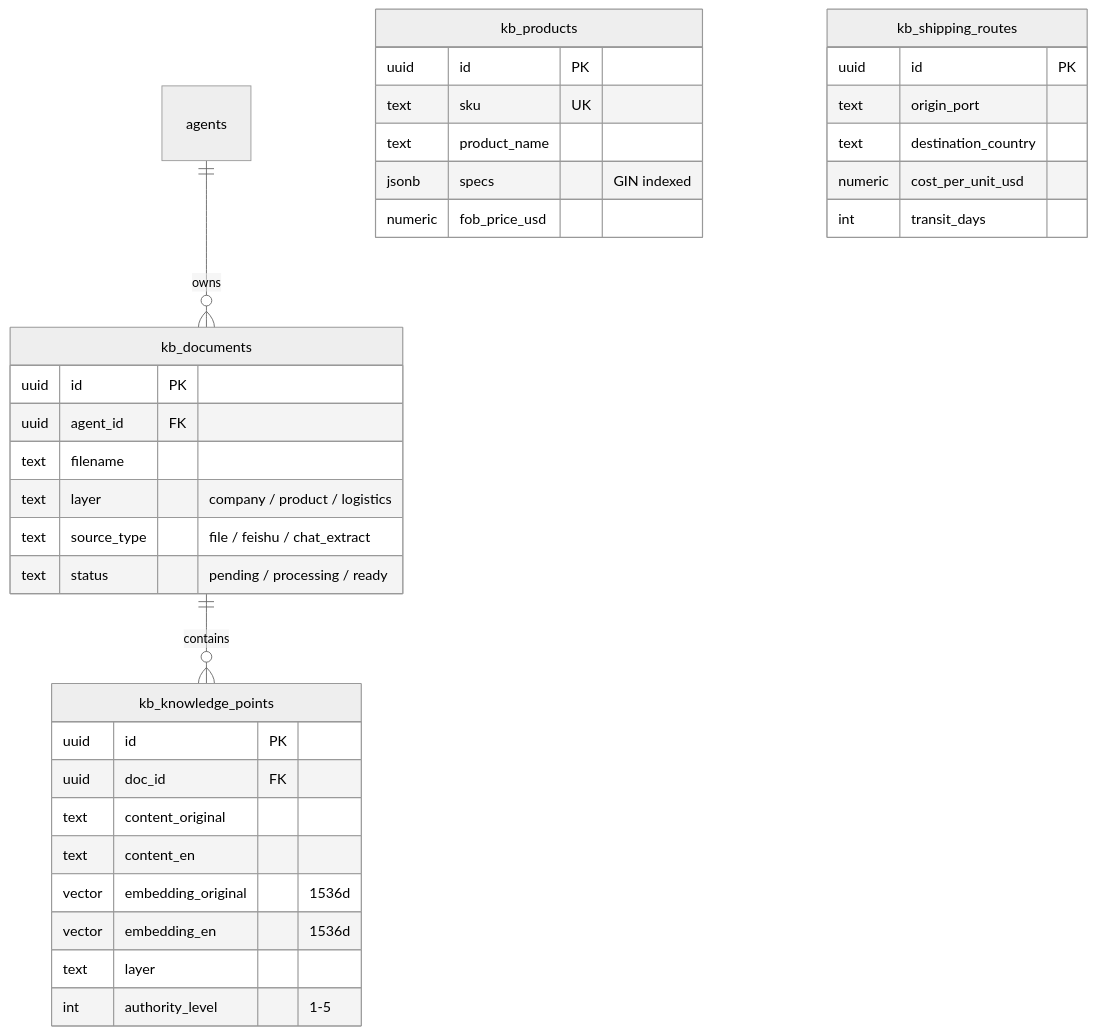
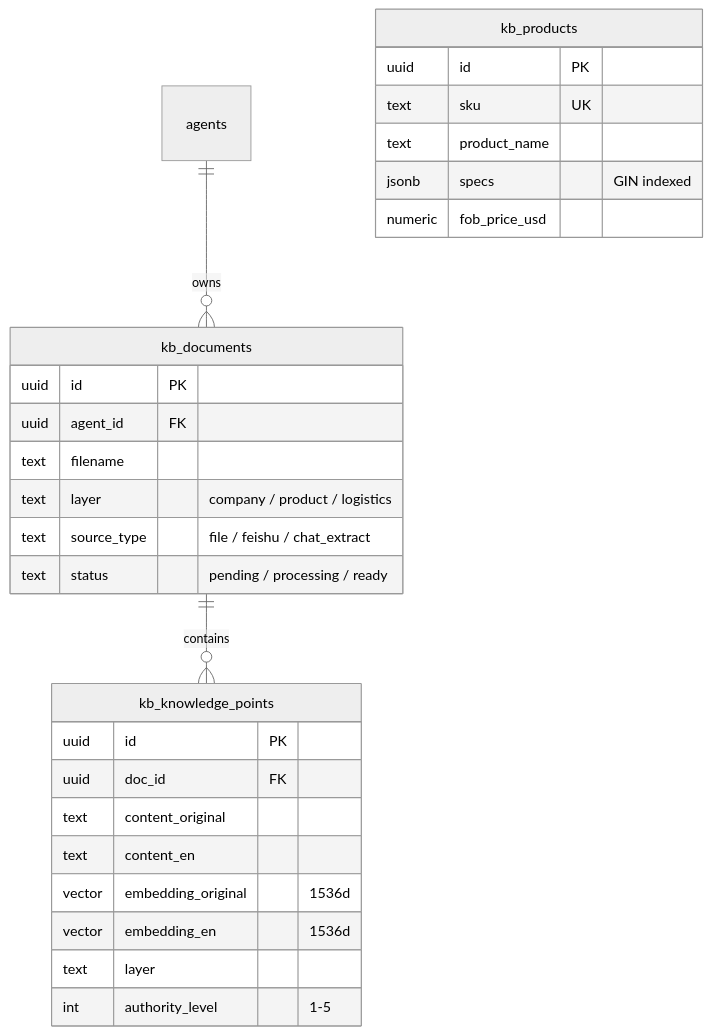
Before and after one commit to Sciiaok/xuqiu-bot: the seventh of 12 diagrams in README.md, drawn with Mermaid (neutral theme). The commit also changed other lines of this file and 172 other files, not shown here.

````diff
--- a/README.md
+++ b/README.md
@@ -447,41 +492,33 @@
 ```mermaid
 erDiagram
     kb_documents ||--o{ kb_knowledge_points : contains
     agents ||--o{ kb_documents : owns
 
     kb_documents {
         uuid id PK
         uuid agent_id FK
         text filename
         text layer "company / product / logistics"
         text source_type "file / feishu / chat_extract"
         text status "pending / processing / ready"
     }
 
     kb_knowledge_points {
         uuid id PK
         uuid doc_id FK
         text content_original
         text content_en
         vector embedding_original "1536d"
         vector embedding_en "1536d"
         text layer
         int authority_level "1-5"
     }
 
     kb_products {
         uuid id PK
         text sku UK
         text product_name
         jsonb specs "GIN indexed"
         numeric fob_price_usd
     }
-
-    kb_shipping_routes {
-        uuid id PK
-        text origin_port
-        text destination_country
-        numeric cost_per_unit_usd
-        int transit_days
-    }
 ```
````
